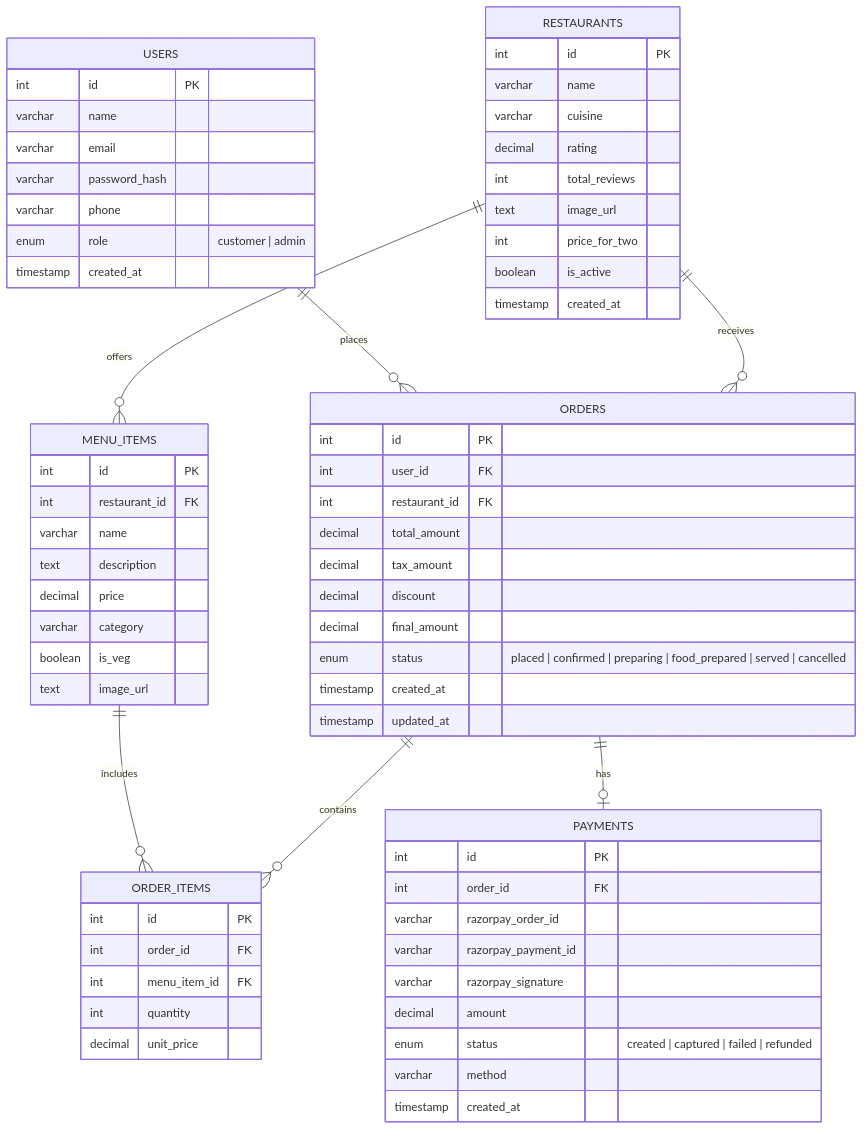
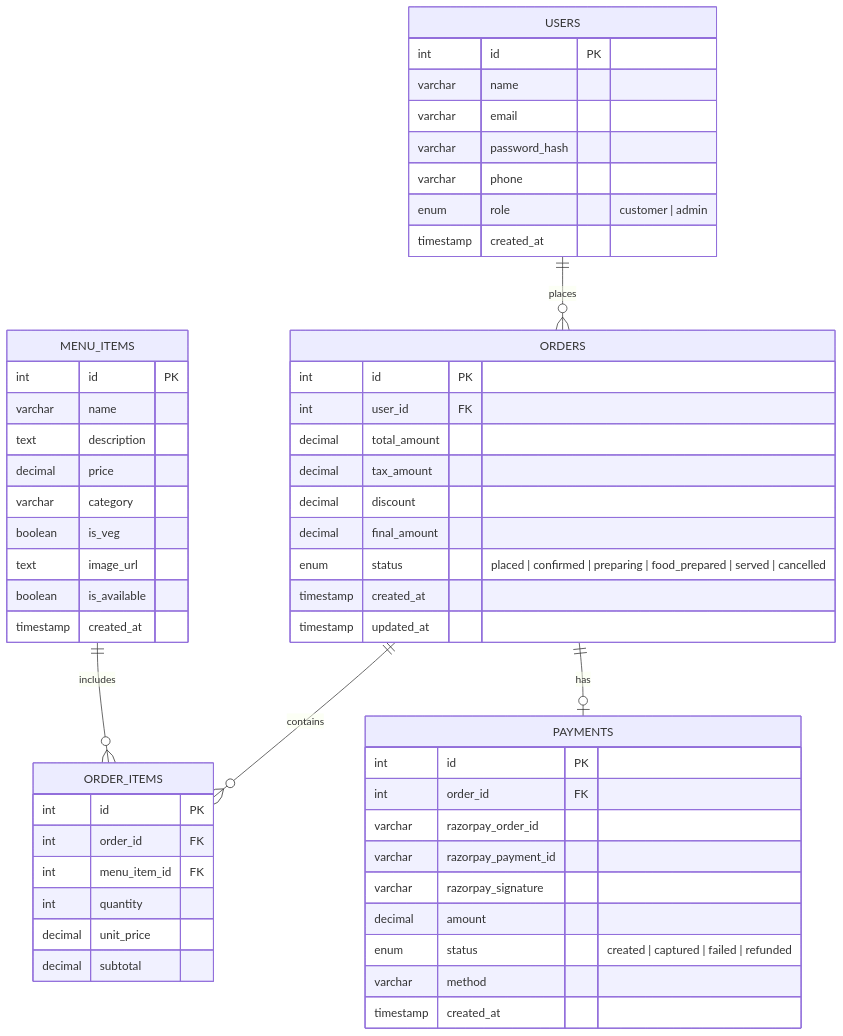
Before and after one commit to Prathamesh-Patil-git/foodflash: the diagram in database/er_diagram.md, drawn with Mermaid. The commit also changed other lines of this file and 28 other files, not shown here.

First line of the commit message:
refactor: migrate to single-restaurant in-memory architecture

````diff
--- a/database/er_diagram.md
+++ b/database/er_diagram.md
@@ -5,75 +5,62 @@
 ```mermaid
 erDiagram
     USERS ||--o{ ORDERS : places
-    RESTAURANTS ||--o{ MENU_ITEMS : offers
-    RESTAURANTS ||--o{ ORDERS : receives
     MENU_ITEMS ||--o{ ORDER_ITEMS : includes
     ORDERS ||--o{ ORDER_ITEMS : contains
     ORDERS ||--o| PAYMENTS : has
 
     USERS {
         int id PK
         varchar name
         varchar email
         varchar password_hash
         varchar phone
         enum role "customer | admin"
         timestamp created_at
     }
 
-    RESTAURANTS {
-        int id PK
-        varchar name
-        varchar cuisine
-        decimal rating
-        int total_reviews
-        text image_url
-        int price_for_two
-        boolean is_active
-        timestamp created_at
-    }
-
     MENU_ITEMS {
         int id PK
-        int restaurant_id FK
         varchar name
         text description
         decimal price
         varchar category
         boolean is_veg
         text image_url
+        boolean is_available
+        timestamp created_at
     }
 
     ORDERS {
         int id PK
         int user_id FK
-        int restaurant_id FK
         decimal total_amount
         decimal tax_amount
         decimal discount
         decimal final_amount
         enum status "placed | confirmed | preparing | food_prepared | served | cancelled"
         timestamp created_at
         timestamp updated_at
     }
 
     ORDER_ITEMS {
         int id PK
         int order_id FK
         int menu_item_id FK
         int quantity
         decimal unit_price
+        decimal subtotal
     }
 
     PAYMENTS {
         int id PK
         int order_id FK
         varchar razorpay_order_id
         varchar razorpay_payment_id
         varchar razorpay_signature
         decimal amount
         enum status "created | captured | failed | refunded"
         varchar method
         timestamp created_at
     }
 ```
````
